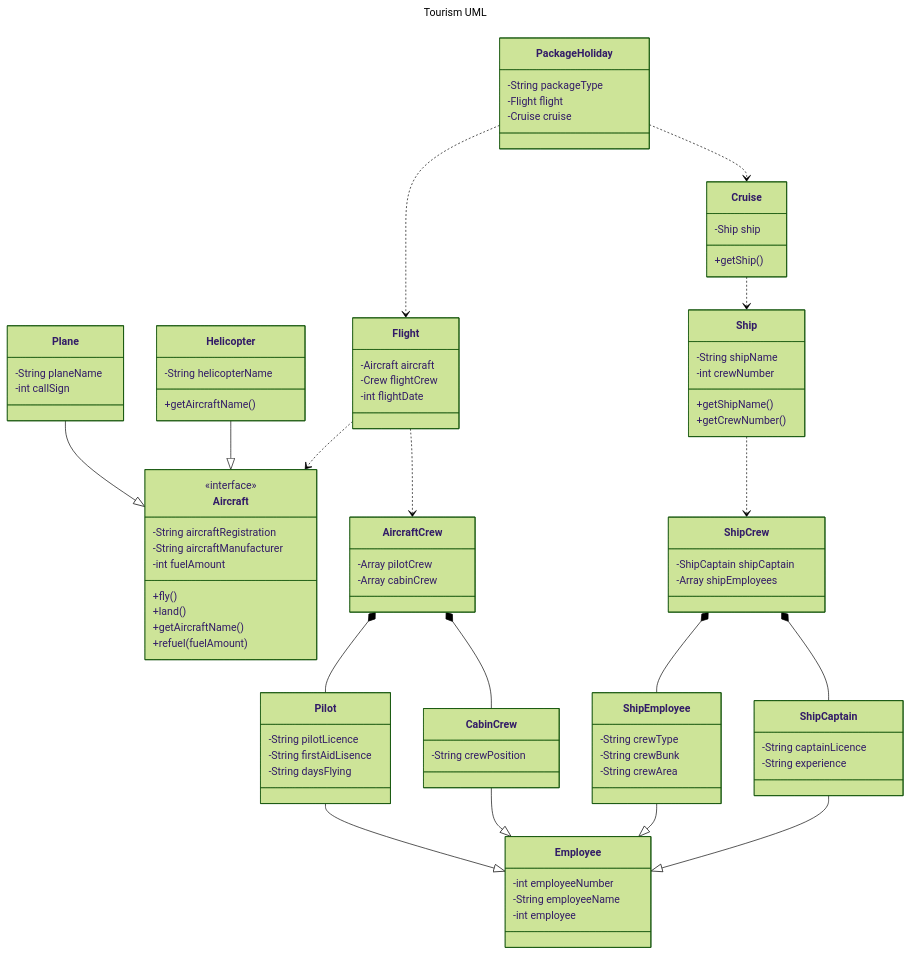
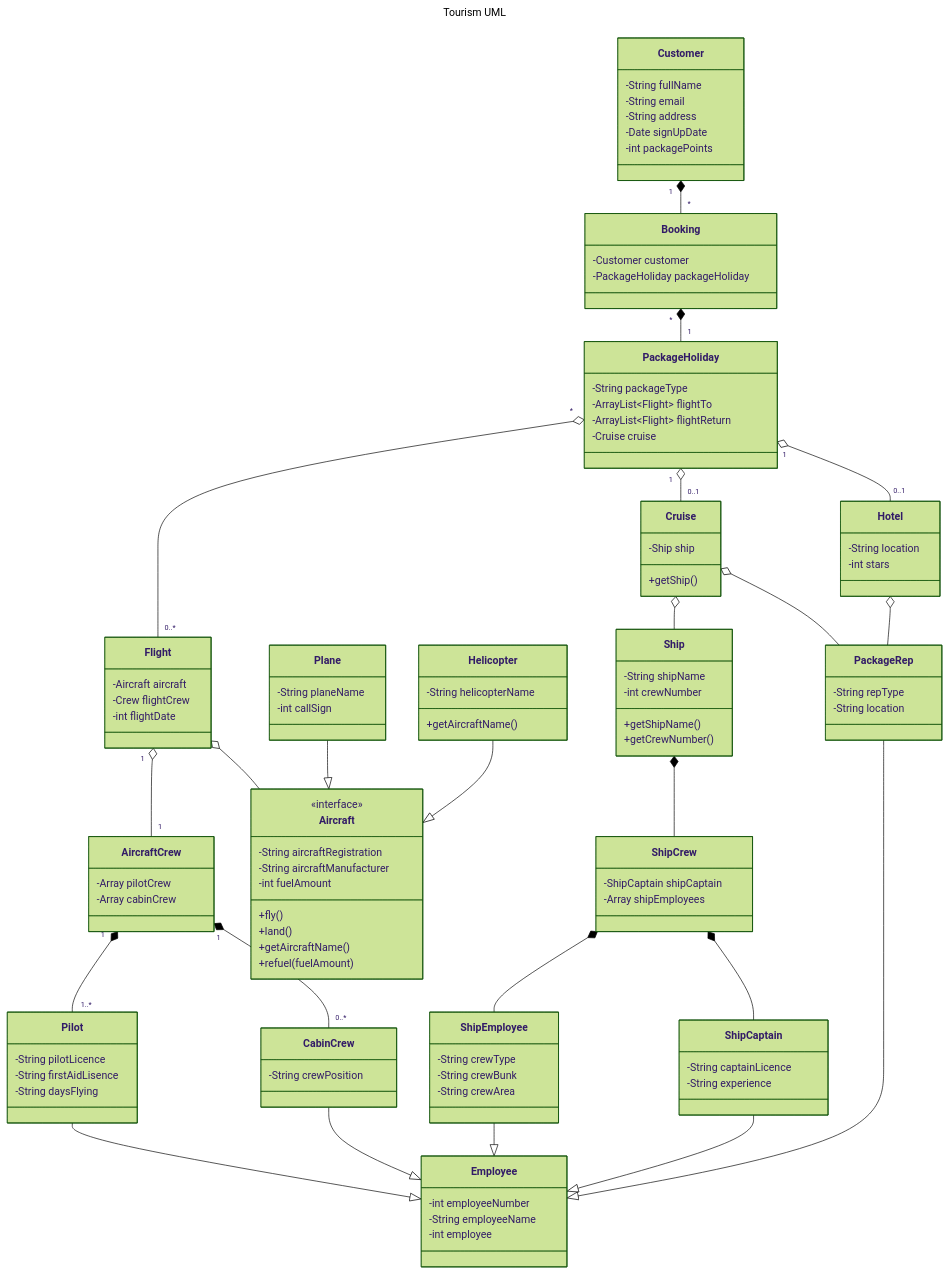
The diagram in report/class-digrams/uml-tourism.mmd (Sherman5A/usw-pop-coursework-2), drawn with Mermaid (forest theme) before and after one commit. The commit also changed 1 other file, not shown here.

Commit message:
Add cardinalities, new hotel relation

```diff
--- a/report/class-digrams/uml-tourism.mmd
+++ b/report/class-digrams/uml-tourism.mmd
@@ -1,90 +1,138 @@
 ---
 title: Tourism UML
 ---
 
 classDiagram
-  PackageHoliday ..> Flight
-  PackageHoliday ..> Cruise
+  %% Booking relations
+  Customer "1" *-- "*" Booking
+  Booking "*" *-- "1" PackageHoliday
+
+  %% Package holiday relations
+  PackageHoliday "1" o-- "0..1" Cruise
+  PackageHoliday "1" o-- "0..1" Hotel
+
+  %% Flight
+  PackageHoliday "*" o-- "0..*" Flight
+  Flight "1" o-- "1" AircraftCrew 
+  AircraftCrew "1" *-- "0..*" CabinCrew
+  AircraftCrew "1" *-- "1..*" Pilot
+  Flight o-- Aircraft 
   Plane --|> Aircraft
   Helicopter --|> Aircraft
-  Flight ..> Aircraft 
-  Flight ..> AircraftCrew 
-  Cruise ..> Ship
-  Ship ..> ShipCrew
-  AircraftCrew *-- Pilot
-  AircraftCrew *-- CabinCrew
+  Cruise o-- Ship
+
+  Ship *-- ShipCrew
   ShipCrew *-- ShipCaptain
   ShipCrew *-- ShipEmployee
+  Cruise o-- PackageRep
+
+
+  %% Hotel relations
+  Hotel o-- PackageRep
+
+  %% Employee relations
   Pilot --|> Employee
   CabinCrew --|> Employee
   ShipEmployee --|> Employee
   ShipCaptain --|> Employee
+  PackageRep --|> Employee
 
+  %% Booking classes
+
+  class Customer{
+    -String fullName
+    -String email
+    -String address
+    -Date signUpDate
+    -int packagePoints
+  }
+  class Booking{
+    -Customer customer
+    -PackageHoliday packageHoliday
+  }
   class PackageHoliday{
     -String packageType
-    -Flight flight
+    -ArrayList~Flight~ flightTo
+    -ArrayList~Flight~ flightReturn
     -Cruise cruise
   }
+
+  %% Transport classes
+
   class Flight{
     -Aircraft aircraft
     -Crew flightCrew
     -int flightDate
+  }
+  class Cruise{
+    -Ship ship
+    +getShip()
   }
   class Aircraft{
     <<interface>>
     -String aircraftRegistration
     -String aircraftManufacturer
     -int fuelAmount
     +fly()
     +land()
     +getAircraftName()
     +refuel(fuelAmount)
   }
   class Helicopter{
     -String helicopterName
     +getAircraftName()
   }
   class Plane{
     -String planeName
     -int callSign
   }
-  class Cruise{
-    -Ship ship
-    +getShip()
-  }
   class Ship{
     -String shipName
     -int crewNumber
     +getShipName()
     +getCrewNumber()
   }
+
+  %% Hotel classes
+
+  class Hotel{
+    -String location
+    -int stars
+
+  }
+
+  %% Employee classes
   class Employee{
     -int employeeNumber
     -String employeeName
     -int employee
   }
   class AircraftCrew{
     -Array pilotCrew
     -Array cabinCrew 
   }
   class ShipCrew{
     -ShipCaptain shipCaptain
     -Array shipEmployees
   }
   class CabinCrew{
     -String crewPosition
   }
   class Pilot{
     -String pilotLicence 
     -String firstAidLisence
     -String daysFlying
   }
   class ShipEmployee{
     -String crewType
     -String crewBunk
     -String crewArea
   }
   class ShipCaptain{
     -String captainLicence
     -String experience
   }
+  class PackageRep{
+    -String repType
+    -String location
+  }
```
